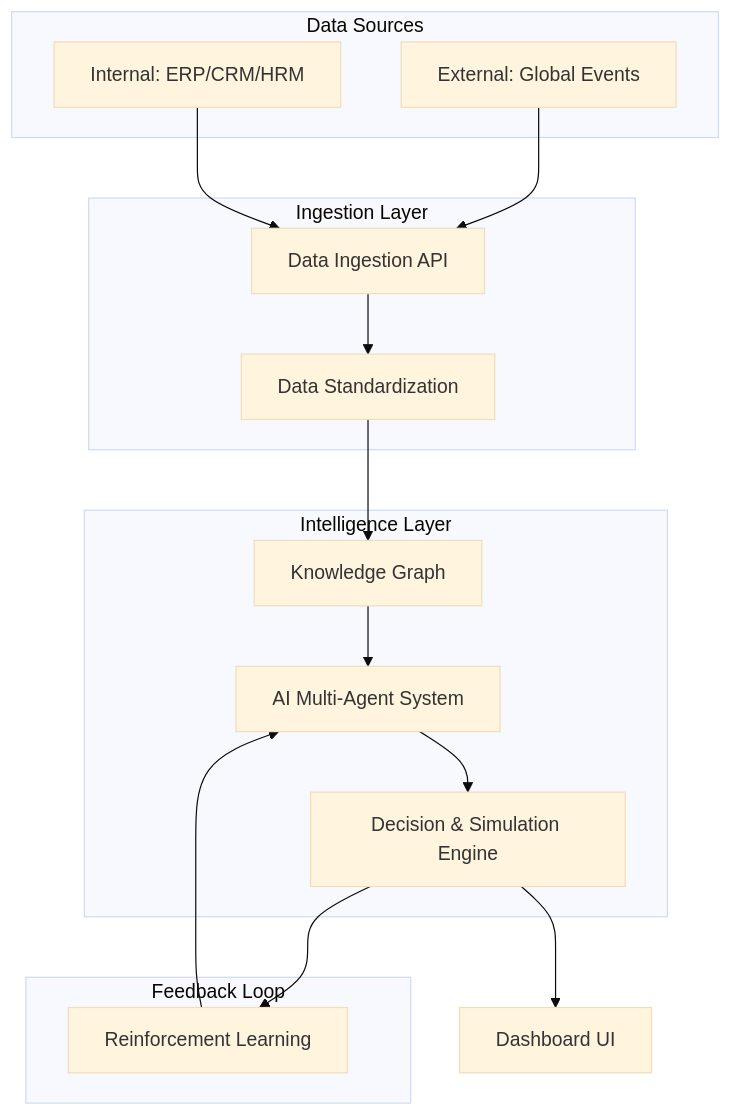
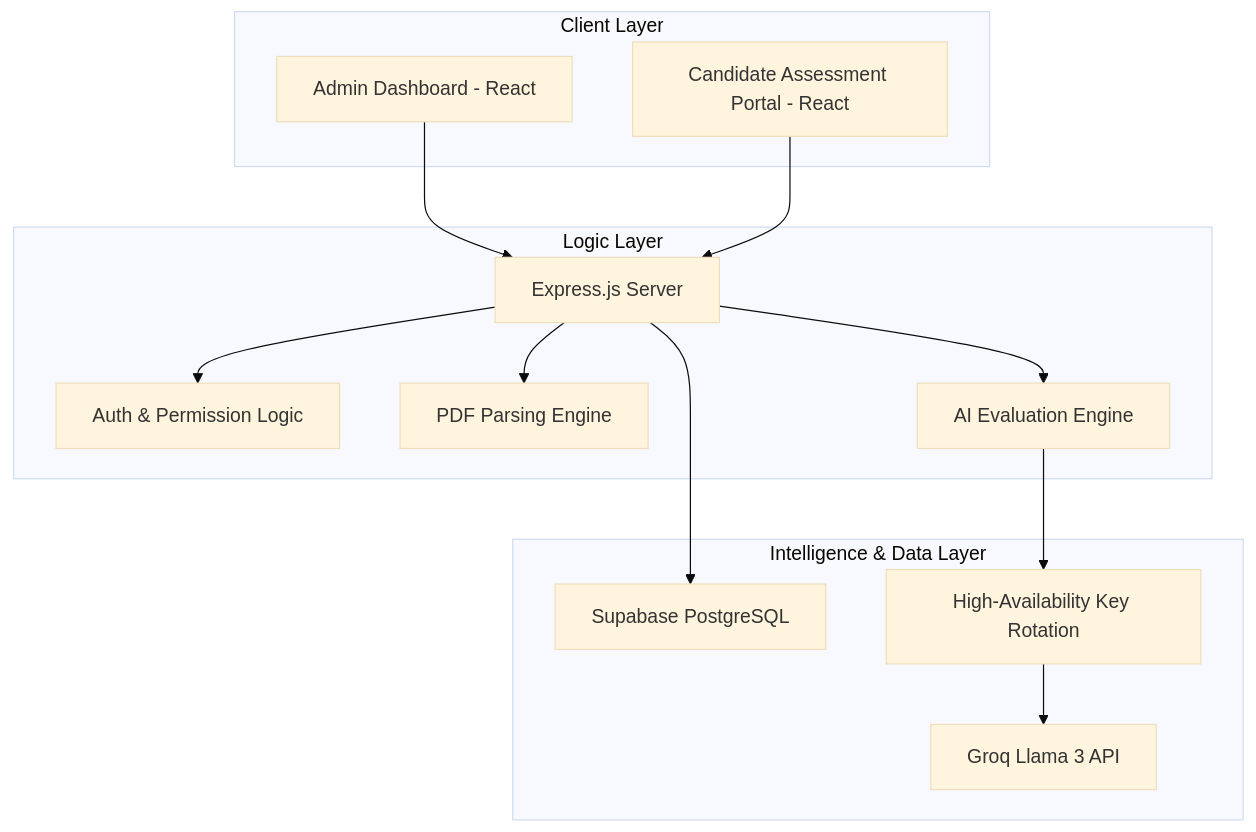
The first of 4 diagrams in README.md (MADHAVAN200/AI-powered-Consultant-Evaluation-Platform), drawn with Mermaid (base theme) before and after one commit. The commit also changed other lines of this file and 8 other files, not shown here.

````diff
--- a/README.md
+++ b/README.md
@@ -36,32 +14,29 @@
 ```mermaid
-graph TD
-    subgraph Data Sources
-        S1[External: Global Events]
-        S2[Internal: ERP/CRM/HRM]
+graph TB
+    subgraph Client Layer
+        Admin[Admin Dashboard - React]
+        Cand[Candidate Assessment Portal - React]
     end
-    
-    subgraph Ingestion Layer
-        I1[Data Ingestion API]
-        I2[Data Standardization]
+
+    subgraph Logic Layer
+        Express[Express.js Server]
+        Auth[Auth & Permission Logic]
+        PDF[PDF Parsing Engine]
+        AI_Eng[AI Evaluation Engine]
     end
-    
-    subgraph Intelligence Layer
-        K1[Knowledge Graph]
-        E1[AI Multi-Agent System]
-        S3[Decision & Simulation Engine]
+
+    subgraph Intelligence & Data Layer
+        Groq[Groq Llama 3 API]
+        Supabase[Supabase PostgreSQL]
+        Rotation[High-Availability Key Rotation]
     end
-    
-    subgraph Feedback Loop
-        RL[Reinforcement Learning]
-    end
-    
-    S1 --> I1
-    S2 --> I1
-    I1 --> I2
-    I2 --> K1
-    K1 --> E1
-    E1 --> S3
-    S3 --> RL
-    RL --> E1
-    S3 --> DASH[Dashboard UI]
+
+    Admin --> Express
+    Cand --> Express
+    Express --> Auth
+    Express --> PDF
+    Express --> AI_Eng
+    AI_Eng --> Rotation
+    Rotation --> Groq
+    Express --> Supabase
 ```
````
